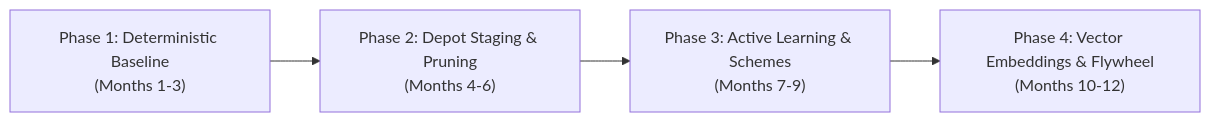
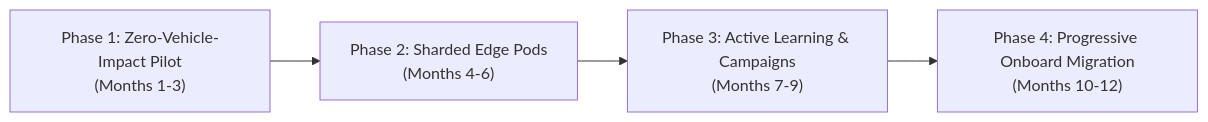
The seventh of 7 diagrams in docs/golden_data_set_architecture.md (johwes/edge-data), drawn with Mermaid before and after one commit. The commit also changed other lines of this file, not shown here.

````diff
--- a/docs/golden_data_set_architecture.md
+++ b/docs/golden_data_set_architecture.md
@@ -603,6 +691,6 @@
 ```mermaid
 flowchart LR
-    P1["Phase 1: Deterministic Baseline\n(Months 1-3)"] --> P2["Phase 2: Depot Staging & Pruning\n(Months 4-6)"]
-    P2 --> P3["Phase 3: Active Learning & Schemes\n(Months 7-9)"]
-    P3 --> P4["Phase 4: Vector Embeddings & Flywheel\n(Months 10-12)"]
+    P1["Phase 1: Zero-Vehicle-Impact Pilot\n(Months 1-3)"] --> P2["Phase 2: Sharded Edge Pods\n(Months 4-6)"]
+    P2 --> P3["Phase 3: Active Learning & Campaigns\n(Months 7-9)"]
+    P3 --> P4["Phase 4: Progressive Onboard Migration\n(Months 10-12)"]
 ```
````
